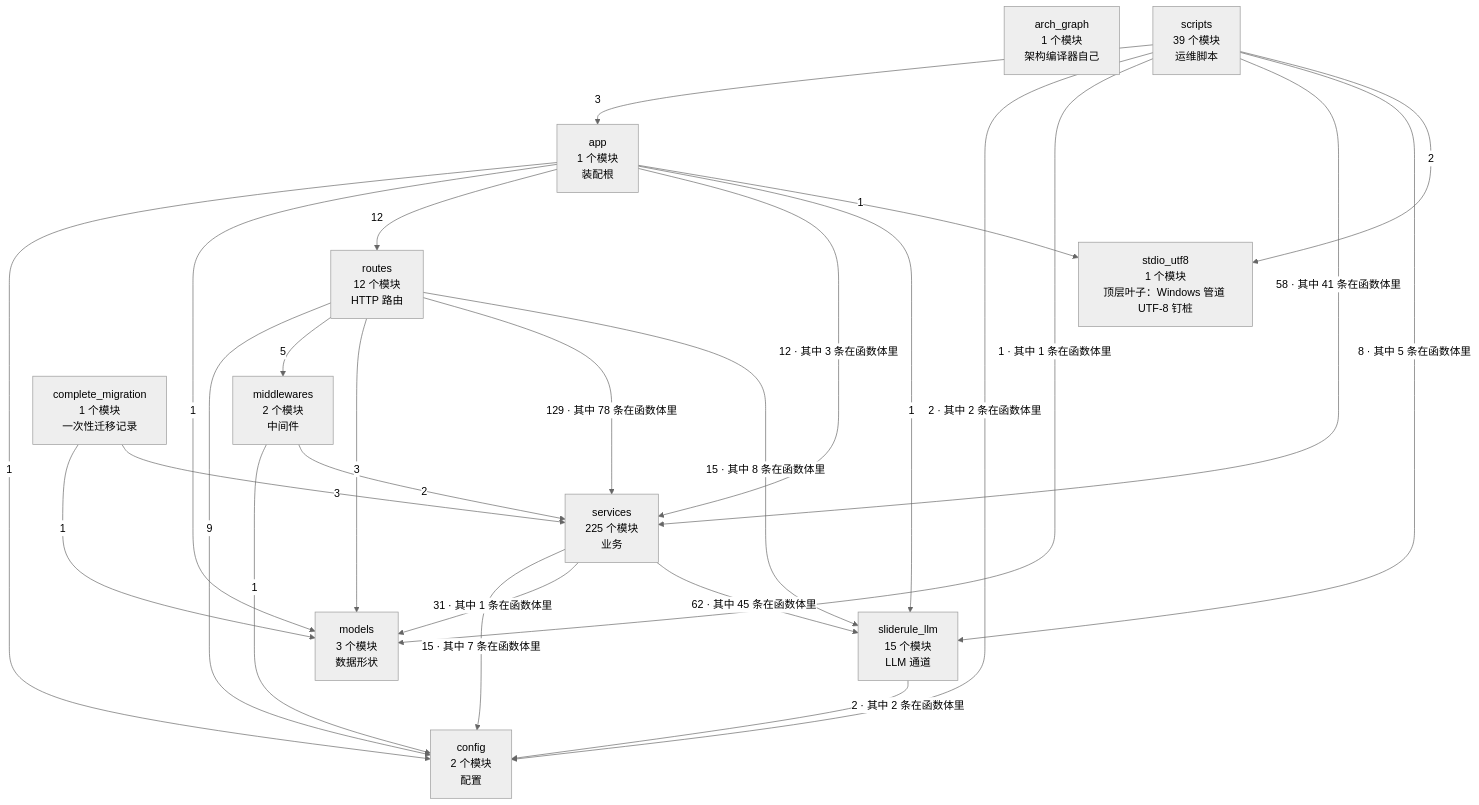
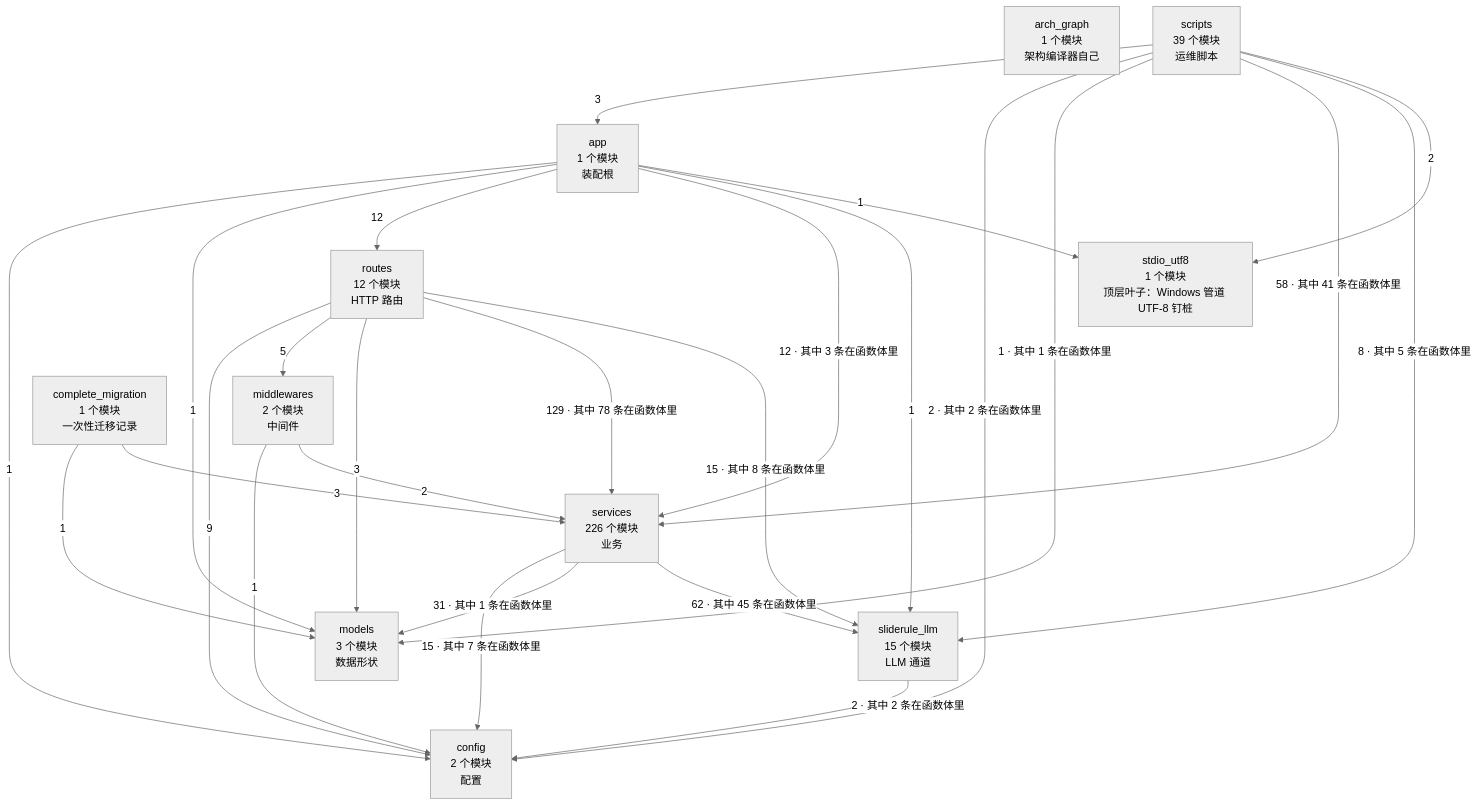
The second of 4 diagrams in docs/SlideRule V6.2 架构图（自动生成）.md (2686521696/WhyBuddy), drawn with Mermaid (neutral theme) before and after one commit. The commit also changed other lines of this file and 12 other files, not shown here.

````diff
--- a/docs/SlideRule V6.2 架构图（自动生成）.md
+++ b/docs/SlideRule V6.2 架构图（自动生成）.md
@@ -60,39 +60,39 @@
 ```mermaid
 flowchart TB
   arch_graph["arch_graph<br/>1 个模块<br/>架构编译器自己"]
   config["config<br/>2 个模块<br/>配置"]
   models["models<br/>3 个模块<br/>数据形状"]
   stdio_utf8["stdio_utf8<br/>1 个模块<br/>顶层叶子：Windows 管道 UTF-8 钉桩"]
   sliderule_llm["sliderule_llm<br/>15 个模块<br/>LLM 通道"]
   middlewares["middlewares<br/>2 个模块<br/>中间件"]
-  services["services<br/>225 个模块<br/>业务"]
+  services["services<br/>226 个模块<br/>业务"]
   routes["routes<br/>12 个模块<br/>HTTP 路由"]
   app["app<br/>1 个模块<br/>装配根"]
   complete_migration["complete_migration<br/>1 个模块<br/>一次性迁移记录"]
   scripts["scripts<br/>39 个模块<br/>运维脚本"]
   app -->|1| config
   app -->|1| models
   app -->|12| routes
   app -->|12 · 其中 3 条在函数体里| services
   app -->|1| sliderule_llm
   app -->|1| stdio_utf8
   complete_migration -->|1| models
   complete_migration -->|3| services
   middlewares -->|1| config
   middlewares -->|2| services
   routes -->|9| config
   routes -->|5| middlewares
   routes -->|3| models
   routes -->|129 · 其中 78 条在函数体里| services
   routes -->|15 · 其中 8 条在函数体里| sliderule_llm
   scripts -->|3| app
   scripts -->|2 · 其中 2 条在函数体里| config
   scripts -->|1 · 其中 1 条在函数体里| models
   scripts -->|58 · 其中 41 条在函数体里| services
   scripts -->|8 · 其中 5 条在函数体里| sliderule_llm
   scripts -->|2| stdio_utf8
   services -->|15 · 其中 7 条在函数体里| config
   services -->|31 · 其中 1 条在函数体里| models
   services -->|62 · 其中 45 条在函数体里| sliderule_llm
   sliderule_llm -->|2 · 其中 2 条在函数体里| config
 ```
````
